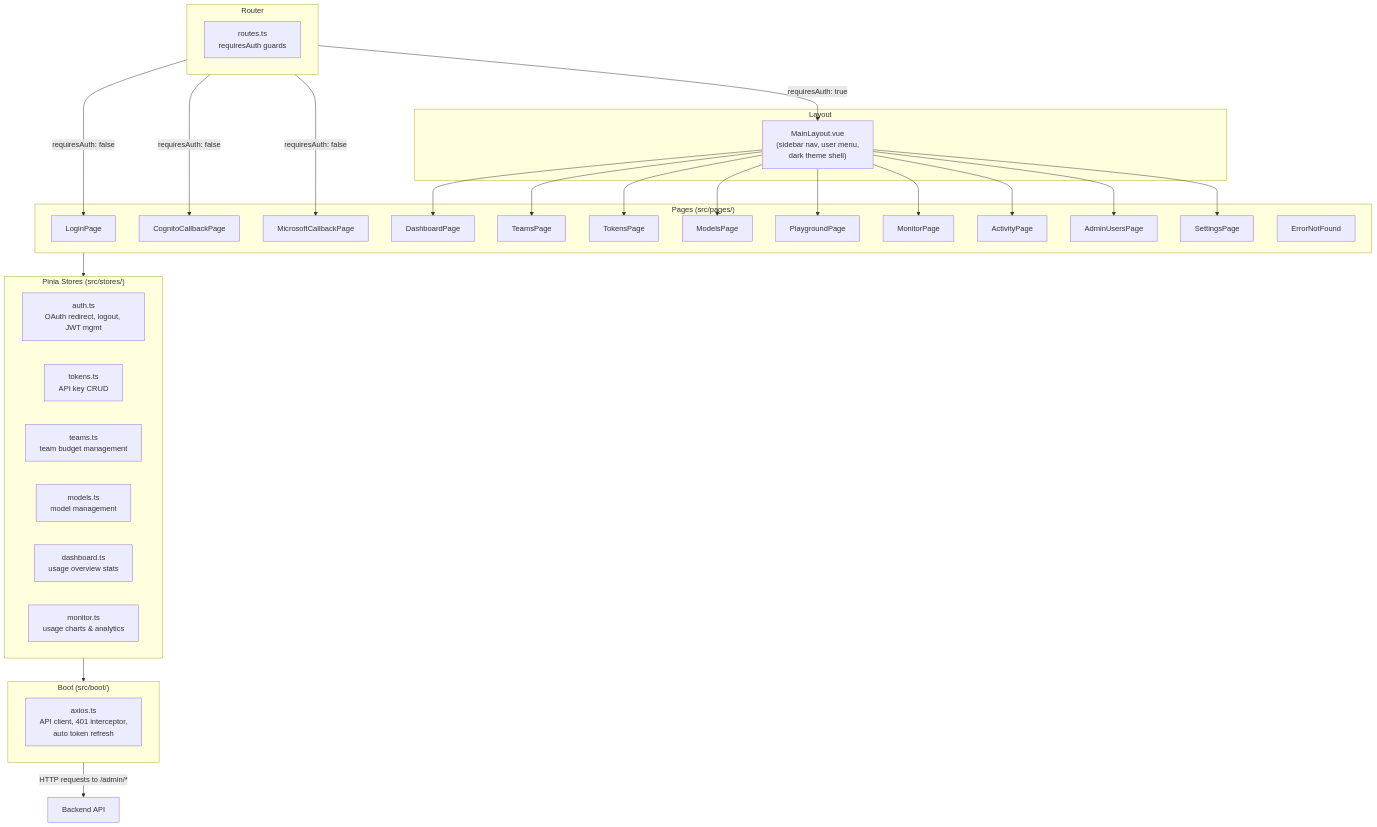
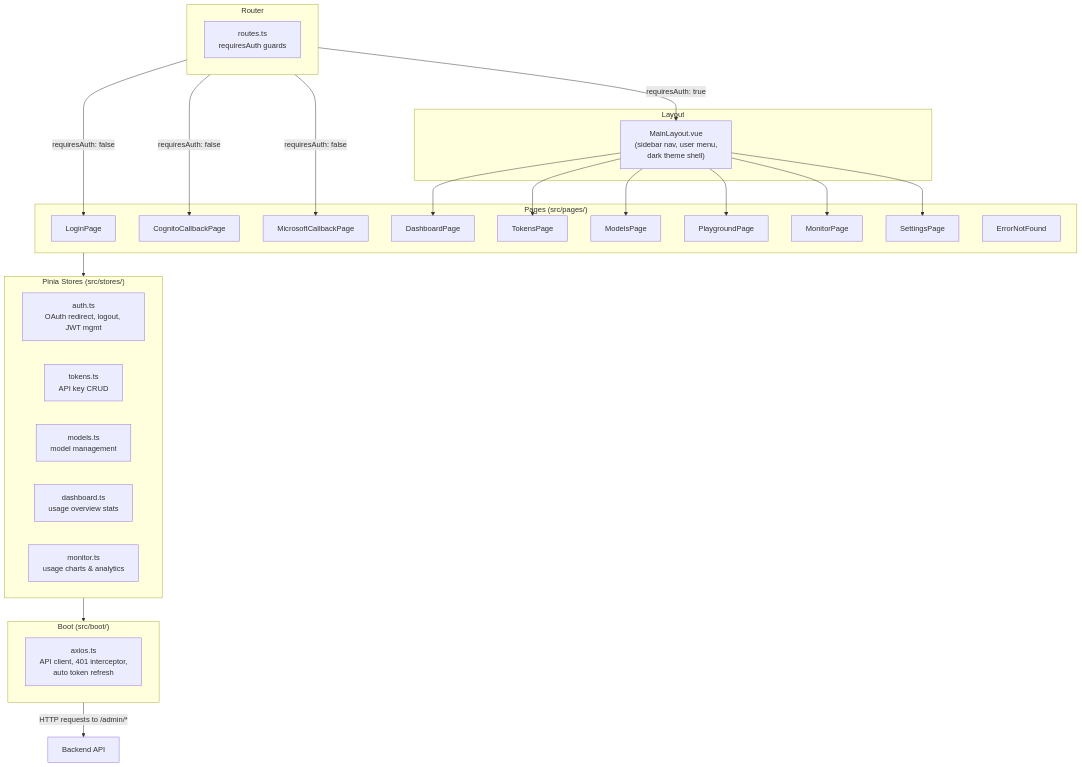
One commit to aws-samples/sample-br-enterprise-proxy changed the fourth of 11 diagrams in docs/architecture.zh.md. Above: the diagram before and after it, drawn with Mermaid. The commit also changed other lines of this file and 12 other files, not shown here.

````diff
--- a/docs/architecture.zh.md
+++ b/docs/architecture.zh.md
@@ -382,58 +350,51 @@
 ```mermaid
 graph TD
     subgraph Pages ["Pages (src/pages/)"]
         Login["LoginPage"]
         CognitoCallback["CognitoCallbackPage"]
         MSCallback["MicrosoftCallbackPage"]
         Dashboard["DashboardPage"]
-        Teams["TeamsPage"]
         Tokens["TokensPage"]
         Models["ModelsPage"]
         Playground["PlaygroundPage"]
         Monitor["MonitorPage"]
-        Activity["ActivityPage"]
-        AdminUsers["AdminUsersPage"]
         Settings["SettingsPage"]
         NotFound["ErrorNotFound"]
     end
 
     subgraph Layout ["Layout"]
         MainLayout["MainLayout.vue<br/>(sidebar nav, user menu,<br/>dark theme shell)"]
     end
 
     subgraph Stores ["Pinia Stores (src/stores/)"]
         AuthStore["auth.ts<br/>OAuth redirect, logout, JWT mgmt"]
         TokenStore["tokens.ts<br/>API key CRUD"]
-        TeamStore["teams.ts<br/>team budget management"]
         ModelStore["models.ts<br/>model management"]
         DashStore["dashboard.ts<br/>usage overview stats"]
         MonitorStore["monitor.ts<br/>usage charts & analytics"]
     end
 
     subgraph Boot ["Boot (src/boot/)"]
         Axios["axios.ts<br/>API client, 401 interceptor,<br/>auto token refresh"]
     end
 
     subgraph Router ["Router"]
         Routes["routes.ts<br/>requiresAuth guards"]
     end
 
     Router -->|"requiresAuth: true"| MainLayout
     Router -->|"requiresAuth: false"| Login
     Router -->|"requiresAuth: false"| CognitoCallback
     Router -->|"requiresAuth: false"| MSCallback
 
     MainLayout --> Dashboard
-    MainLayout --> Teams
     MainLayout --> Tokens
     MainLayout --> Models
     MainLayout --> Playground
     MainLayout --> Monitor
-    MainLayout --> Activity
-    MainLayout --> AdminUsers
     MainLayout --> Settings
 
     Pages --> Stores
     Stores --> Boot
     Boot -->|"HTTP requests to /admin/*"| Backend["Backend API"]
 ```
````
